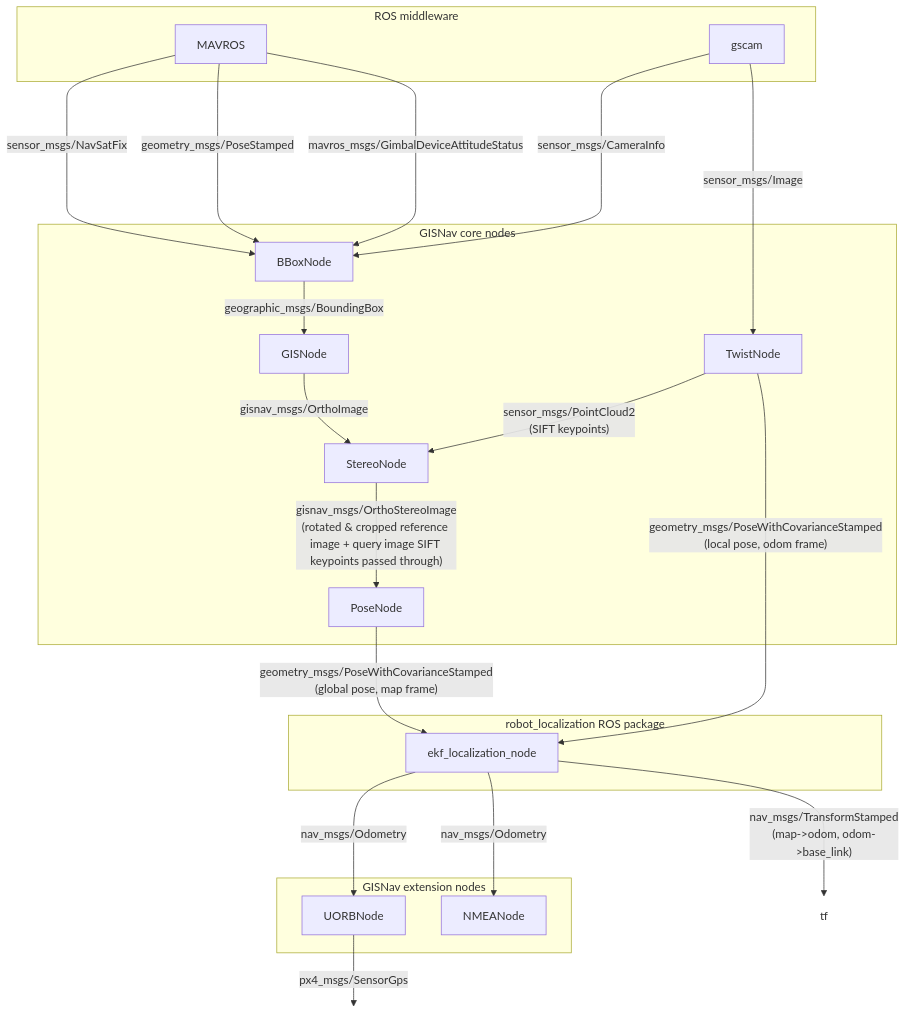
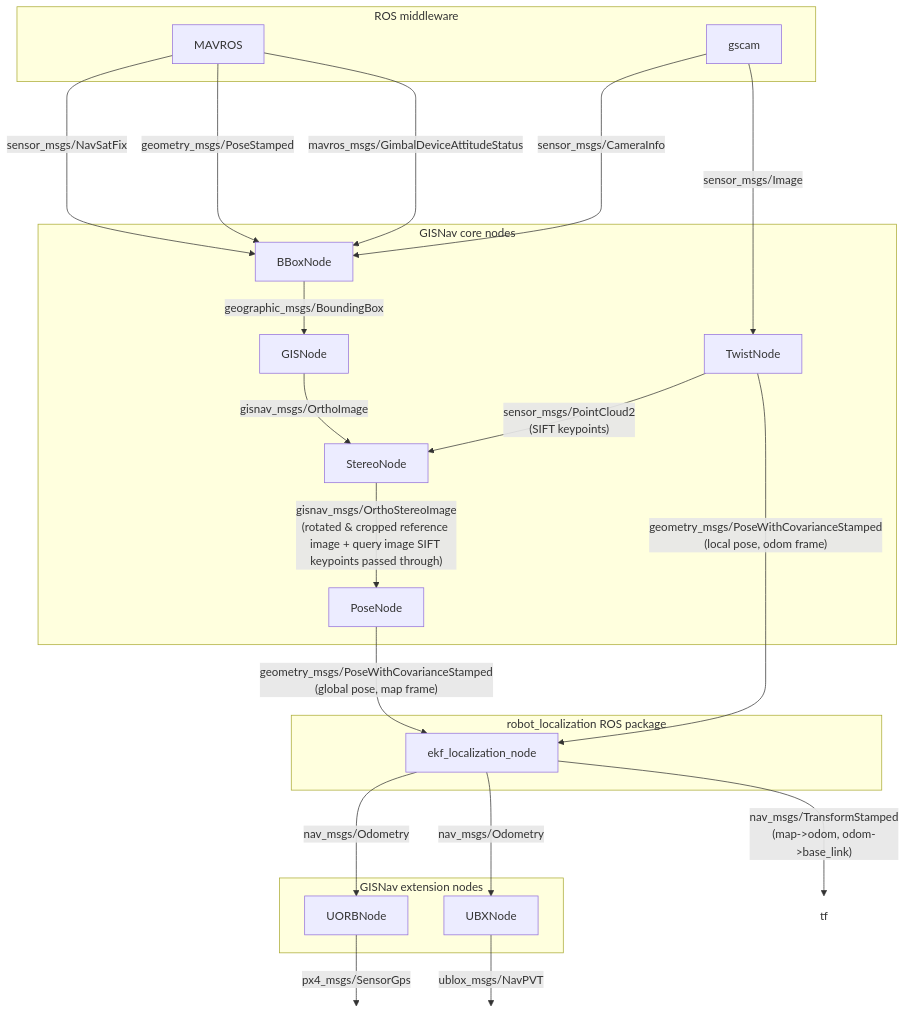
The first of 3 diagrams in docs/vitepress/docs/system-architecture.md (hmakelin/gisnav), drawn with Mermaid before and after one commit. The commit also changed other lines of this file, not shown here.

Commit message:
Depict new ubx middleware service in system architecture docs

````diff
--- a/docs/vitepress/docs/system-architecture.md
+++ b/docs/vitepress/docs/system-architecture.md
@@ -19,40 +19,43 @@
 ```mermaid
 graph TB
     subgraph ros_middleware["ROS middleware"]
         MAVROS
         gscam
     end
 
     MAVROS -->|"sensor_msgs/NavSatFix"| BBoxNode
     MAVROS -->|"geometry_msgs/PoseStamped"| BBoxNode
     MAVROS -->|"mavros_msgs/GimbalDeviceAttitudeStatus"| BBoxNode
     gscam ---->|"sensor_msgs/CameraInfo"| BBoxNode
     gscam ---->|"sensor_msgs/Image"| TwistNode
 
     subgraph core["GISNav core nodes"]
         BBoxNode -->|"geographic_msgs/BoundingBox"| GISNode
         GISNode -->|"gisnav_msgs/OrthoImage"| StereoNode
         StereoNode -->|"gisnav_msgs/OrthoStereoImage\n(rotated & cropped reference image + query image SIFT keypoints passed through)"| PoseNode
         TwistNode -->|"sensor_msgs/PointCloud2\n(SIFT keypoints)"| StereoNode
     end
 
     subgraph extension["GISNav extension nodes"]
-        NMEANode["NMEANode"]
+        UBXNode["UBXNode"]
         UORBNode["UORBNode"]
     end
 
     subgraph robot_localization["robot_localization ROS package"]
         ekf["ekf_localization_node"] -->|"nav_msgs/Odometry"| UORBNode
-        ekf["ekf_localization_node"] -->|"nav_msgs/Odometry"| NMEANode
+        ekf["ekf_localization_node"] -->|"nav_msgs/Odometry"| UBXNode
     end
 
     TwistNode -->|"geometry_msgs/PoseWithCovarianceStamped\n(local pose, odom frame)"| ekf
 
     PoseNode -->|"geometry_msgs/PoseWithCovarianceStamped\n(global pose, map frame)"| ekf
     UORBNode -->|"px4_msgs/SensorGps"| micro_ros_agent[" "]
+    UBXNode -->|"ublox_msgs/NavPVT"| ubx[" "]
+
     ekf["ekf_localization_node"] -->|"nav_msgs/TransformStamped\n(map->odom, odom->base_link)"| tf
 
     style micro_ros_agent fill-opacity:0, stroke-opacity:0;
+    style ubx fill-opacity:0, stroke-opacity:0;
     style tf fill-opacity:0, stroke-opacity:0;
 
 ```
````
